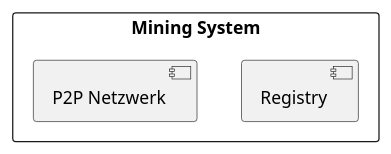
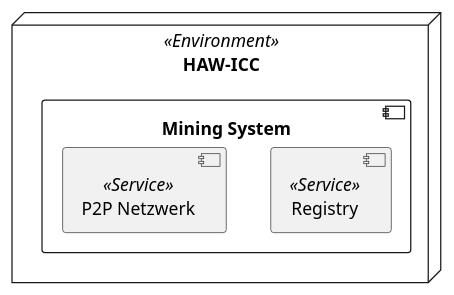
The diagram in docs/arc42/arc42-MinerNetwork/images/verteilungssicht_ebene_1.plantuml (bjoern621/VSP-Blockchain), drawn with PlantUML before and after one commit. The commit also changed 4 other files, not shown here.

```diff
--- a/docs/arc42/arc42-MinerNetwork/images/verteilungssicht_ebene_1.plantuml
+++ b/docs/arc42/arc42-MinerNetwork/images/verteilungssicht_ebene_1.plantuml
@@ -1,6 +1,8 @@
 @startuml
-rectangle "Mining System" as system {
-    component "Registry" as registry
-    component "P2P Netzwerk" as p2p_network
+node HAW-ICC <<Environment>> {
+    component "Mining System" as system {
+        component "Registry" as registry <<Service>>
+        component "P2P Netzwerk" as p2p_network <<Service>>
+    }
 }
 @enduml
```
